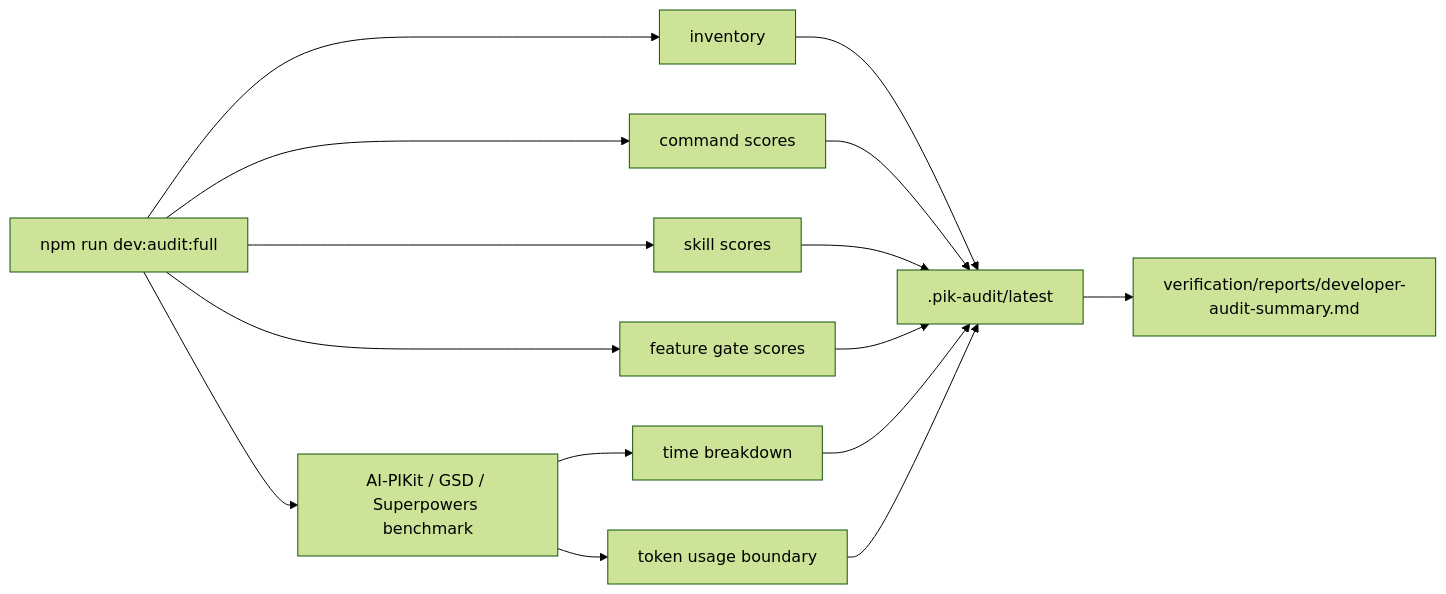
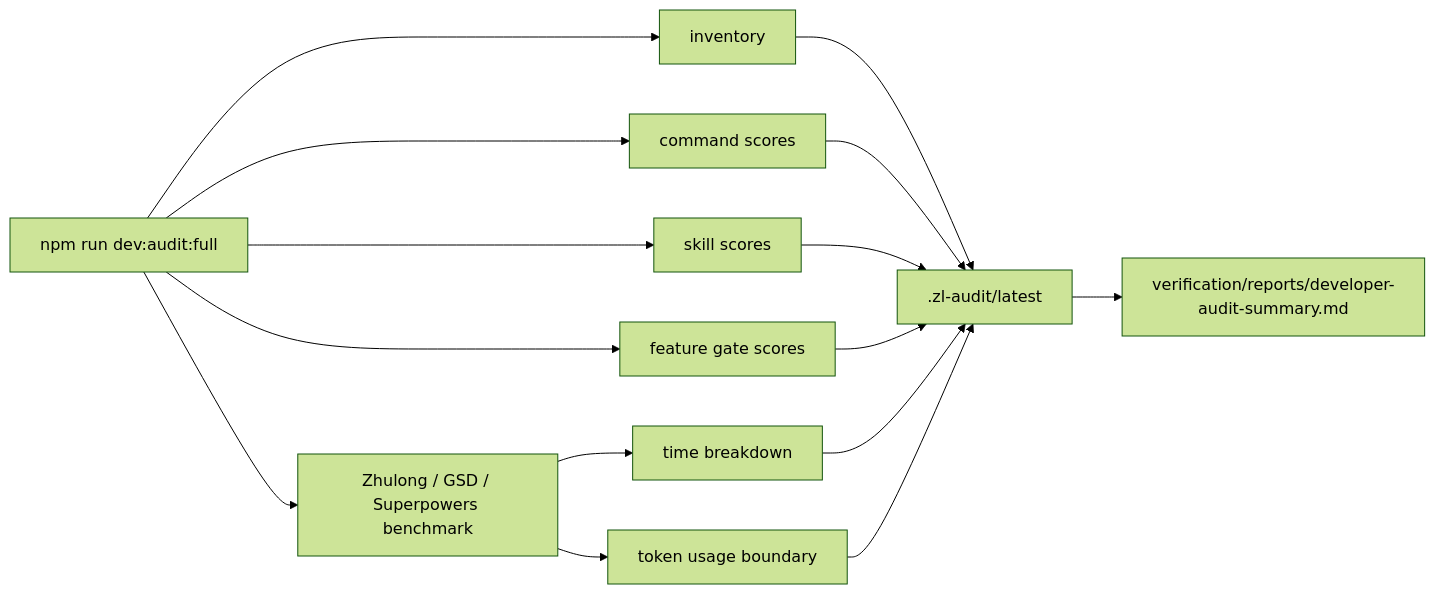
The third of 3 diagrams in docs/architecture.md (FrigidCrow/Zhulong-Project-Intelligence-Kit), drawn with Mermaid (forest theme) before and after one commit. The commit also changed other lines of this file and 205 other files, not shown here.

````diff
--- a/docs/architecture.md
+++ b/docs/architecture.md
@@ -193,17 +193,17 @@
 ```mermaid
 flowchart LR
   A["npm run dev:audit:full"] --> I["inventory"]
   A --> C["command scores"]
   A --> S["skill scores"]
   A --> F["feature gate scores"]
-  A --> B["AI-PIKit / GSD / Superpowers benchmark"]
+  A --> B["Zhulong / GSD / Superpowers benchmark"]
   B --> T["time breakdown"]
   B --> U["token usage boundary"]
-  I --> R[".pik-audit/latest"]
+  I --> R[".zl-audit/latest"]
   C --> R
   S --> R
   F --> R
   T --> R
   U --> R
   R --> V["verification/reports/developer-audit-summary.md"]
 ```
````
